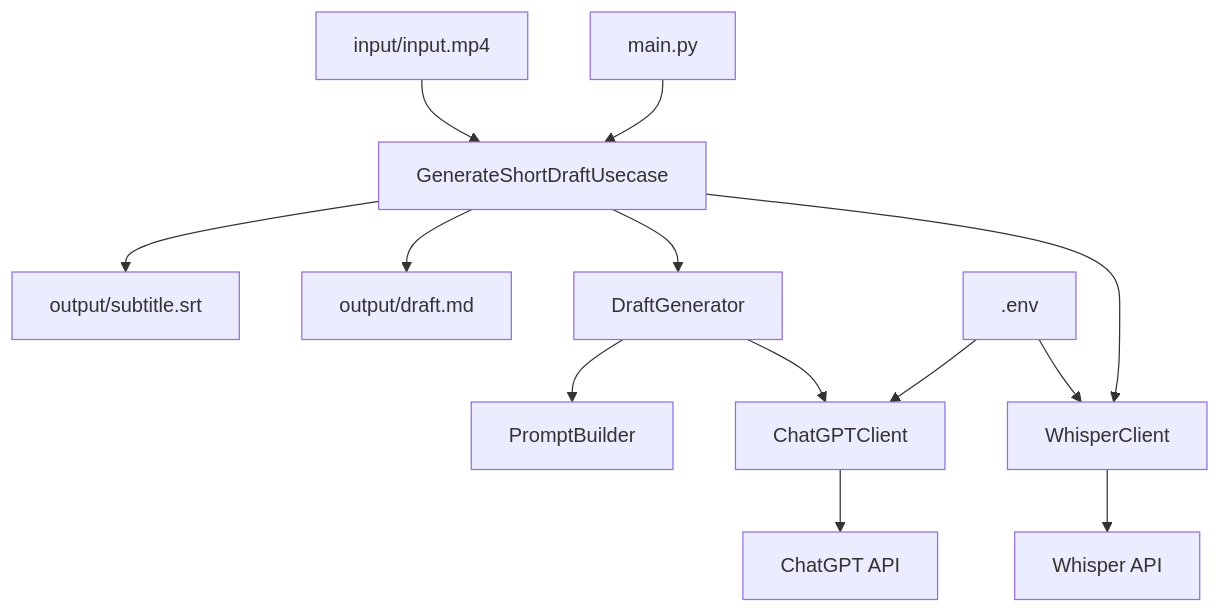
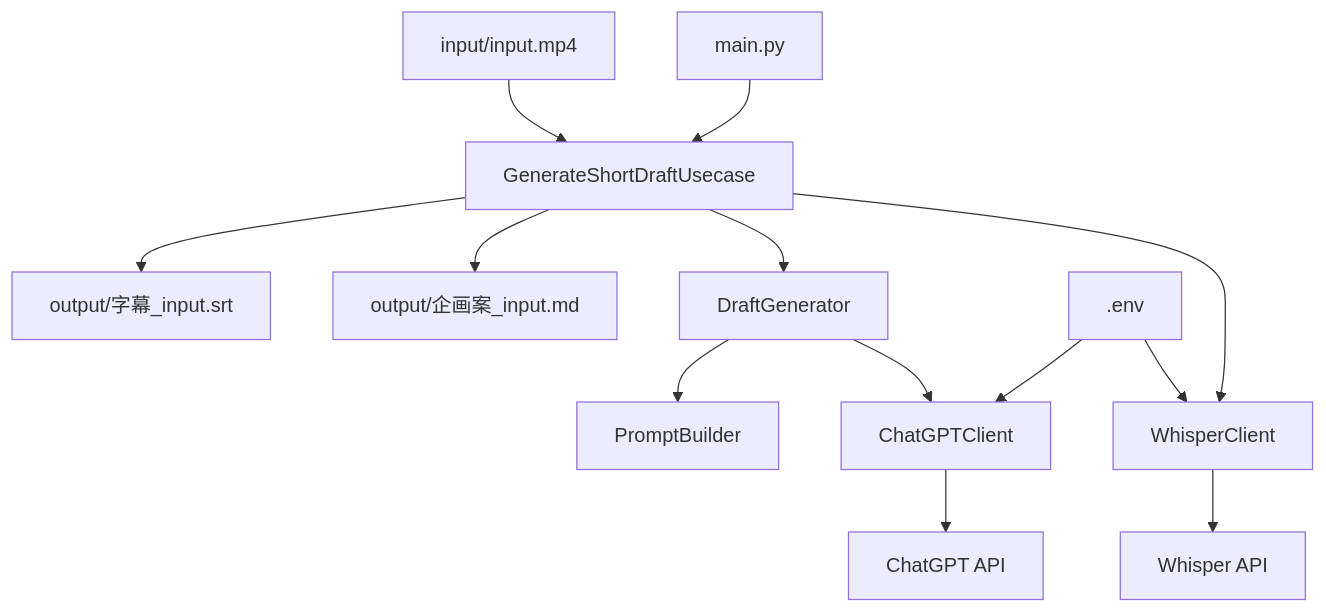
Before and after one commit to team-mirai-volunteer/shortmovie-draft-generator2: the diagram in project/summary.md, drawn with Mermaid. The commit also changed other lines of this file and 14 other files, not shown here.

````diff
--- a/project/summary.md
+++ b/project/summary.md
@@ -24,18 +24,18 @@
 ```mermaid
 graph TD
     A[main.py] --> B[GenerateShortDraftUsecase]
     B --> C[WhisperClient]
     B --> D[DraftGenerator]
 
     D --> E[ChatGPTClient]
     D --> F[PromptBuilder]
     C --> G[Whisper API]
     E --> H[ChatGPT API]
 
     I[input/input.mp4] --> B
-    B --> J[output/draft.md]
-    B --> K[output/subtitle.srt]
+    B --> J[output/企画案_input.md]
+    B --> K[output/字幕_input.srt]
 
     L[.env] --> C
     L --> E
 ```
````
